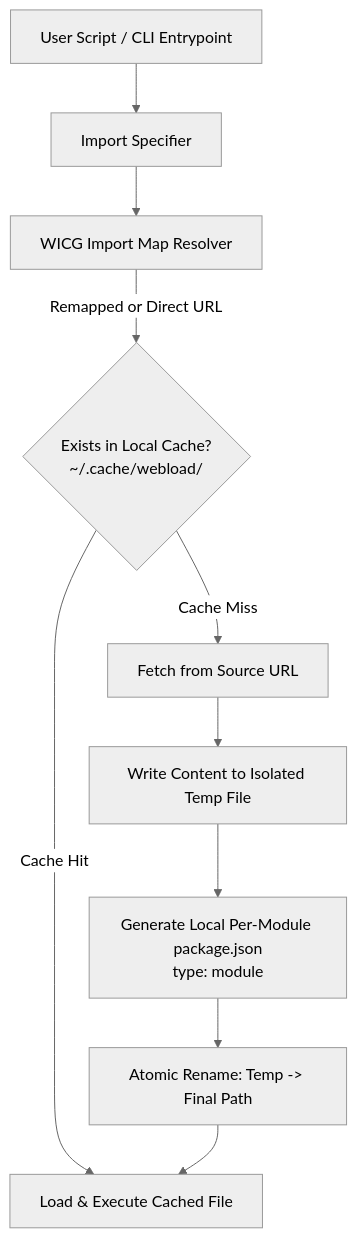
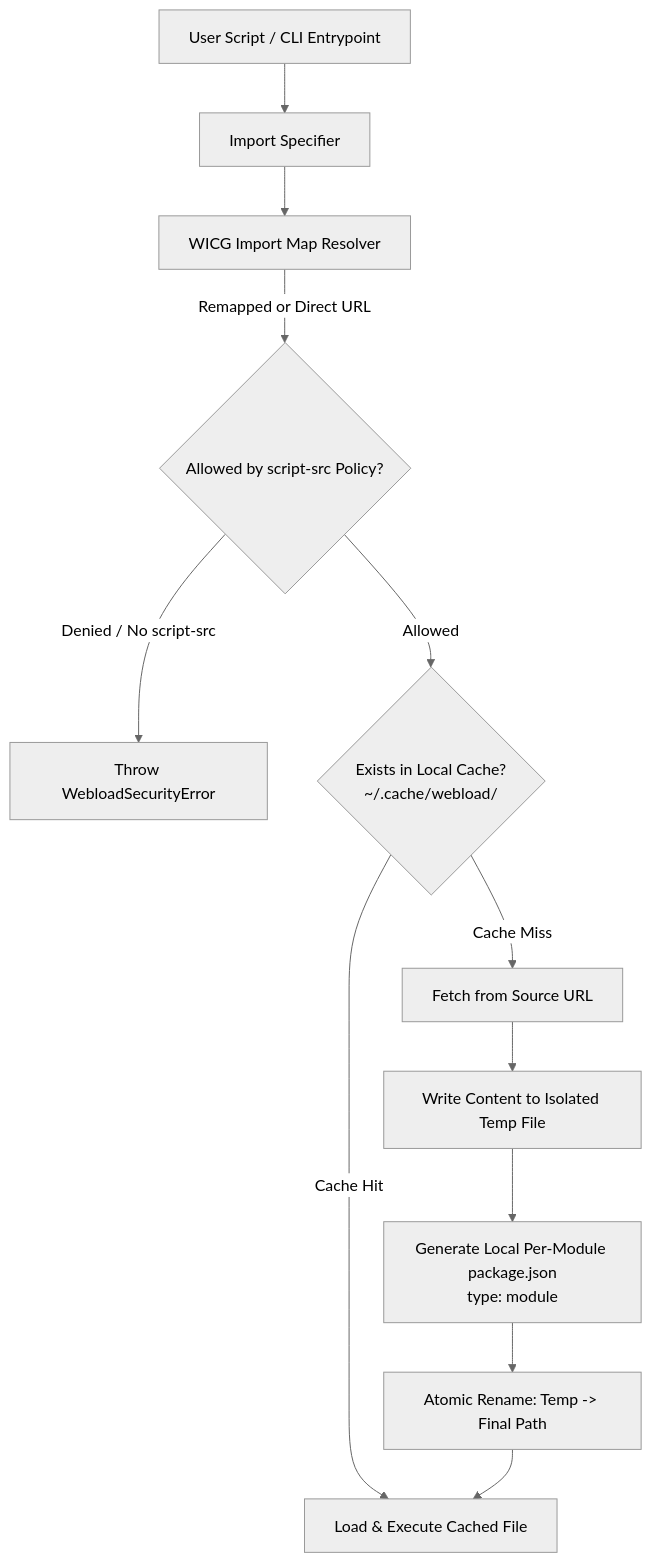
One commit to bkatzung/webload changed the diagram in memory-bank/systemPatterns.md. Above: the diagram before and after it, drawn with Mermaid (neutral theme). The commit also changed other lines of this file and 5 other files, not shown here.

````diff
--- a/memory-bank/systemPatterns.md
+++ b/memory-bank/systemPatterns.md
@@ -7,15 +7,18 @@
 ```mermaid
 flowchart TD
     UserScript[User Script / CLI Entrypoint] --> Specifier[Import Specifier]
     
     Specifier --> ImportMapResolver[WICG Import Map Resolver]
-    ImportMapResolver -->|Remapped or Direct URL| CheckCache{Exists in Local Cache?\n~/.cache/webload/}
+    ImportMapResolver -->|Remapped or Direct URL| SecurityCheck{Allowed by script-src Policy?}
+    
+    SecurityCheck -->|Denied / No script-src| SecurityError[Throw WebloadSecurityError]
+    SecurityCheck -->|Allowed| CheckCache{Exists in Local Cache?\n~/.cache/webload/}
     
     CheckCache -->|Cache Hit| LoadVerified[Load & Execute Cached File]
     
     CheckCache -->|Cache Miss| FetchModule[Fetch from Source URL]
     FetchModule --> WriteTemp[Write Content to Isolated Temp File]
     WriteTemp --> GenPkgJSON[Generate Local Per-Module package.json\ntype: module]
     GenPkgJSON --> AtomicRename[Atomic Rename: Temp -> Final Path]
     AtomicRename --> LoadVerified
 ```
````
